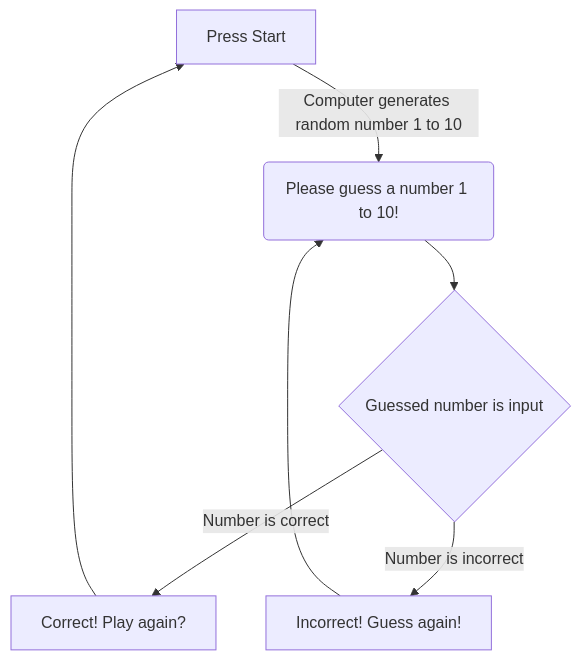
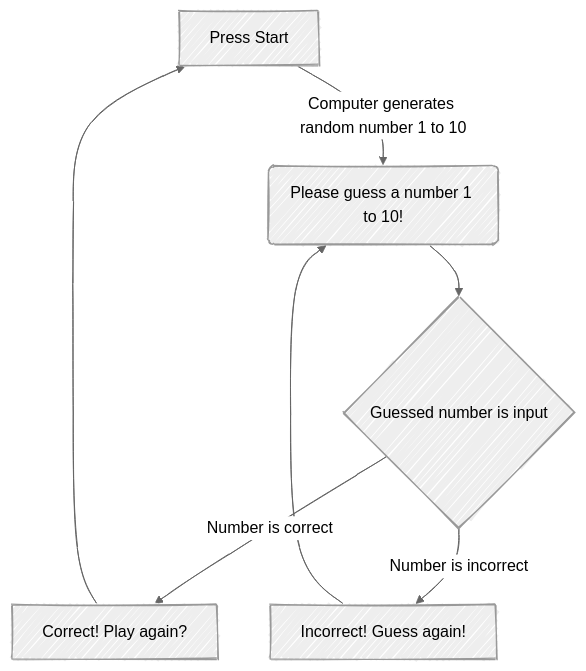
The diagram in README.md (WalterLaw2025/WalterLaw2025.github.io), drawn with Mermaid before and after one commit.

Commit message:
Updated README with Mermaid Guessing Game diagram.md

````diff
--- a/README.md
+++ b/README.md
@@ -34,16 +34,22 @@
 ```mermaid
+---
+config:
+  look: handDrawn
+  theme: neutral
+---
+
 flowchart TD
     %% This is the start of the game.
     A[Press Start] -->|Computer generates random number 1 to 10| B(Please guess a number 1 to 10!);
     %% The computer will generate a number to be guessed and prompt for a number to be guessed.
     B --> C{Guessed number is input};
     %% The player will guess a number and input it to see if it is correct.
     C -->|Number is correct| D[Correct! Play again?];
     %% The input number is correct and the player can choose to play again.
     D --> A;
     %% The game restarts.
     C -->|Number is incorrect| E[Incorrect! Guess again!];
     %% The computer notifies that the guessed number is incorrect and prompts player to try again with another guess. 
     E --> B;
     %% The player will need to guess a new number.
 ```    
````
